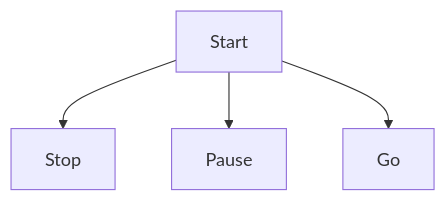
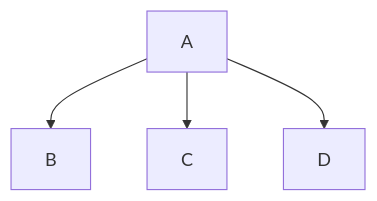
Before and after one commit to upyesp/aas: the first of 2 diagrams in slides/Slides.md, drawn with Mermaid. The commit also changed other lines of this file, not shown here.

```diff
--- a/slides/Slides.md
+++ b/slides/Slides.md
@@ -80,6 +96,6 @@
 <div class="mermaid">
 flowchart
-    Start --> Stop
-    Start --> Pause
-    Start --> Go
+    A --> B
+    A --> C
+    A --> D
 </div>
```
